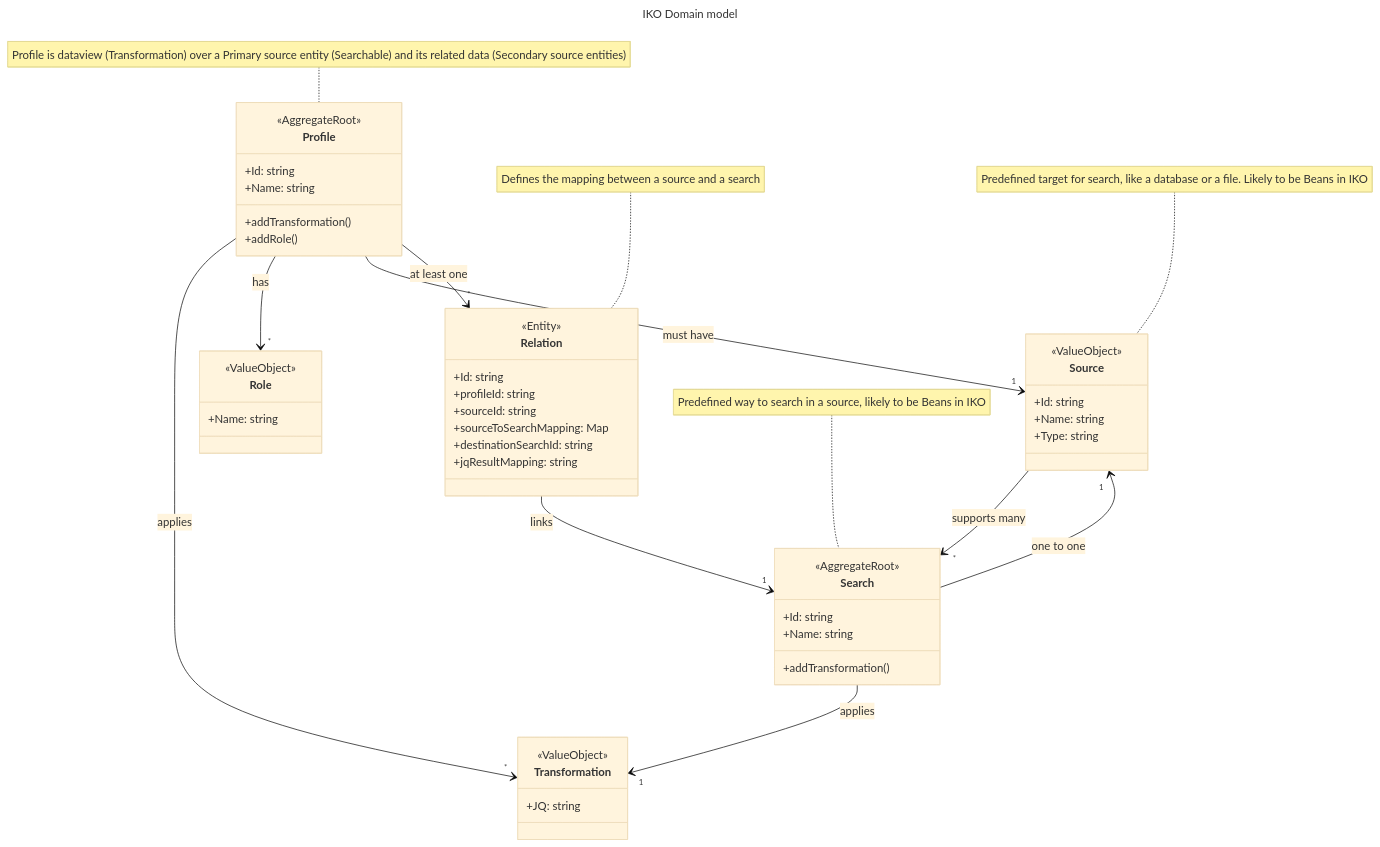
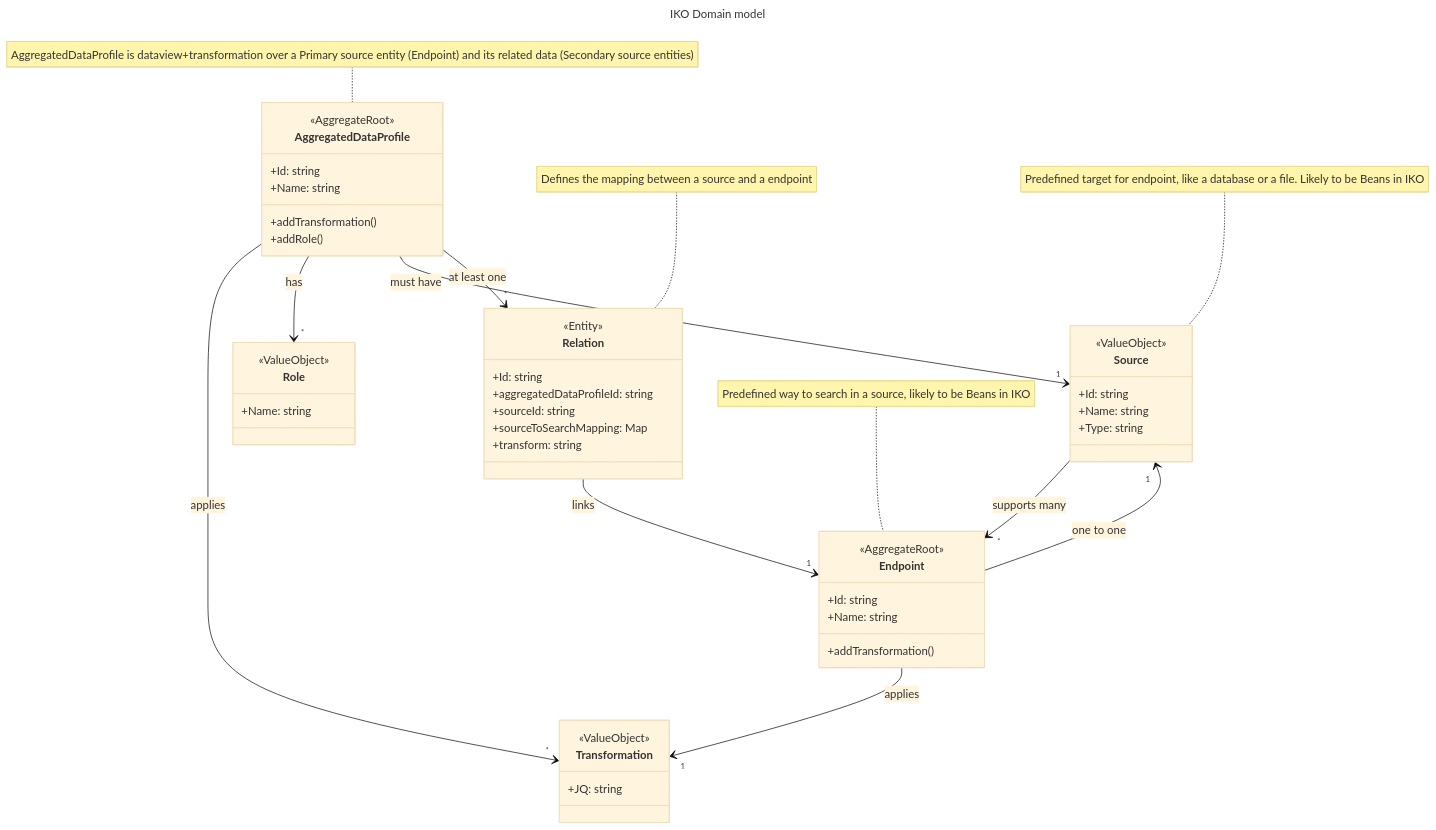
One commit to Integraal-Klant-en-Objectbeeld/iko changed the diagram in domain.mmd. Above: the diagram before and after it, drawn with Mermaid (base theme). The commit also changed 45 other files, not shown here.

Commit message:
rename the Profile to AggregatedDataProfile rename the Search to Endpoint

```diff
--- a/domain.mmd
+++ b/domain.mmd
@@ -1,77 +1,76 @@
 ---
 title: IKO Domain model
 ---
 classDiagram
-    note for Relation "Defines the mapping between a source and a search"
-    note for Search "Predefined way to search in a source, likely to be Beans in IKO"
-    note for Profile "Profile is dataview (Transformation) over a Primary source entity (Searchable) and its related data (Secondary source entities)"
-    note for Source "Predefined target for search, like a database or a file. Likely to be Beans in IKO"
+    note for Relation "Defines the mapping between a source and a endpoint"
+    note for Endpoint "Predefined way to search in a source, likely to be Beans in IKO"
+    note for AggregatedDataProfile "AggregatedDataProfile is dataview+transformation over a Primary source entity (Endpoint) and its related data (Secondary source entities)"
+    note for Source "Predefined target for endpoint, like a database or a file. Likely to be Beans in IKO"
 
-    class Profile {
+    class AggregatedDataProfile {
         +Id: string
         +Name: string
         +addTransformation()
         +addRole()
     }
 
     class Role {
         +Name: string
     }
 
     class Transformation {
         +JQ: string
     }
 
-    class Search {
+    class Endpoint {
         +Id: string
         +Name: string
         +addTransformation()
     }
 
     class Relation {
         +Id: string
-        +profileId: string
+        +aggregatedDataProfileId: string
         +sourceId: string
         +sourceToSearchMapping: Map<string, string>
-        +destinationSearchId: string
-        +jqResultMapping: string
+        +transform: string
     }
 
     class Source {
         +Id: string
         +Name: string
         +Type: string
     }
 
-    Profile --> "*" Transformation: applies
-    Profile --> "*" Role: has
-    Profile --> "1" Source: must have
-    Profile --> "*" Relation: at least one
-    Search --> "1" Source: one to one
-    Source --> "*" Search: supports many
-    Search --> "1" Transformation: applies
-    Relation --> "1" Search: links
+    AggregatedDataProfile --> "*" Transformation: applies
+    AggregatedDataProfile --> "*" Role: has
+    AggregatedDataProfile --> "1" Source: must have
+    AggregatedDataProfile --> "*" Relation: at least one
+    Endpoint --> "1" Source: one to one
+    Source --> "*" Endpoint: supports many
+    Endpoint --> "1" Transformation: applies
+    Relation --> "1" Endpoint: links
 
-    class Profile {
+    class AggregatedDataProfile {
         <<AggregateRoot>>
     }
 
-    class Search {
+    class Endpoint {
         <<AggregateRoot>>
     }
 
     class Transformation {
         <<ValueObject>>
     }
 
     class Role {
         <<ValueObject>>
     }
 
     class Relation {
         <<Entity>>
     }
 
     class Source {
         <<ValueObject>>
     }
```
